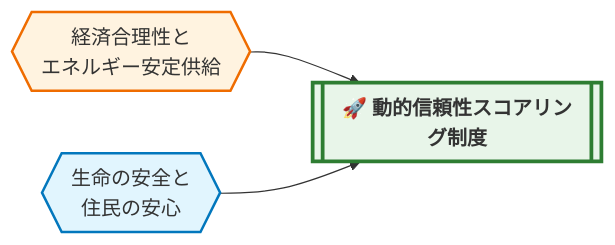
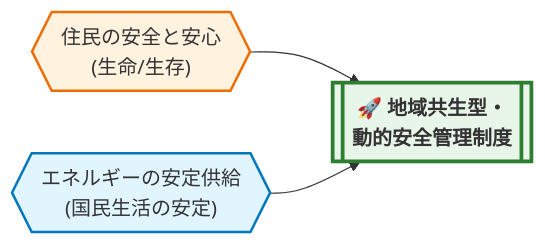
Before and after one commit to ogaogamirai/ARE-Public-Gallery: the second of 2 diagrams in themes/Restart of Rural NPPs/standard.md, drawn with Mermaid. The commit also changed other lines of this file and 1 other file, not shown here.

````diff
--- a/themes/Restart of Rural NPPs/standard.md
+++ b/themes/Restart of Rural NPPs/standard.md
@@ -115,9 +113,9 @@
 ```mermaid
 graph LR
-  A{{"経済合理性と<br>エネルギー安定供給"}} --> C[["🚀 動的信頼性スコアリング制度"]]
-  B{{"生命の安全と<br>住民の安心"}} --> C
+  A{{"住民の安全と安心<br>(生命/生存)"}} --> C[["🚀 地域共生型・<br>動的安全管理制度"]]
+  B{{"エネルギーの安定供給<br>(国民生活の安定)"}} --> C
 
   style A fill:#FFF3E0,stroke:#EF6C00,stroke-width:2px
   style B fill:#E1F5FE,stroke:#0277BD,stroke-width:2px
   style C fill:#E8F5E9,stroke:#2E7D32,stroke-width:3px,font-weight:bold
 ```
````
